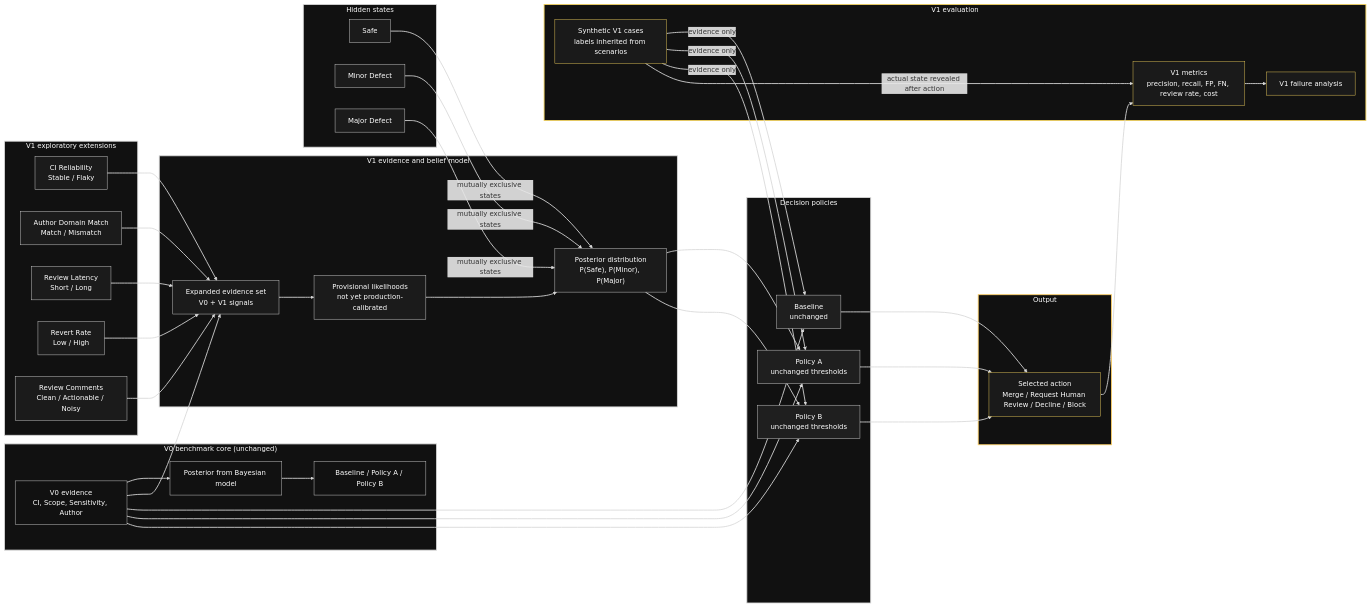
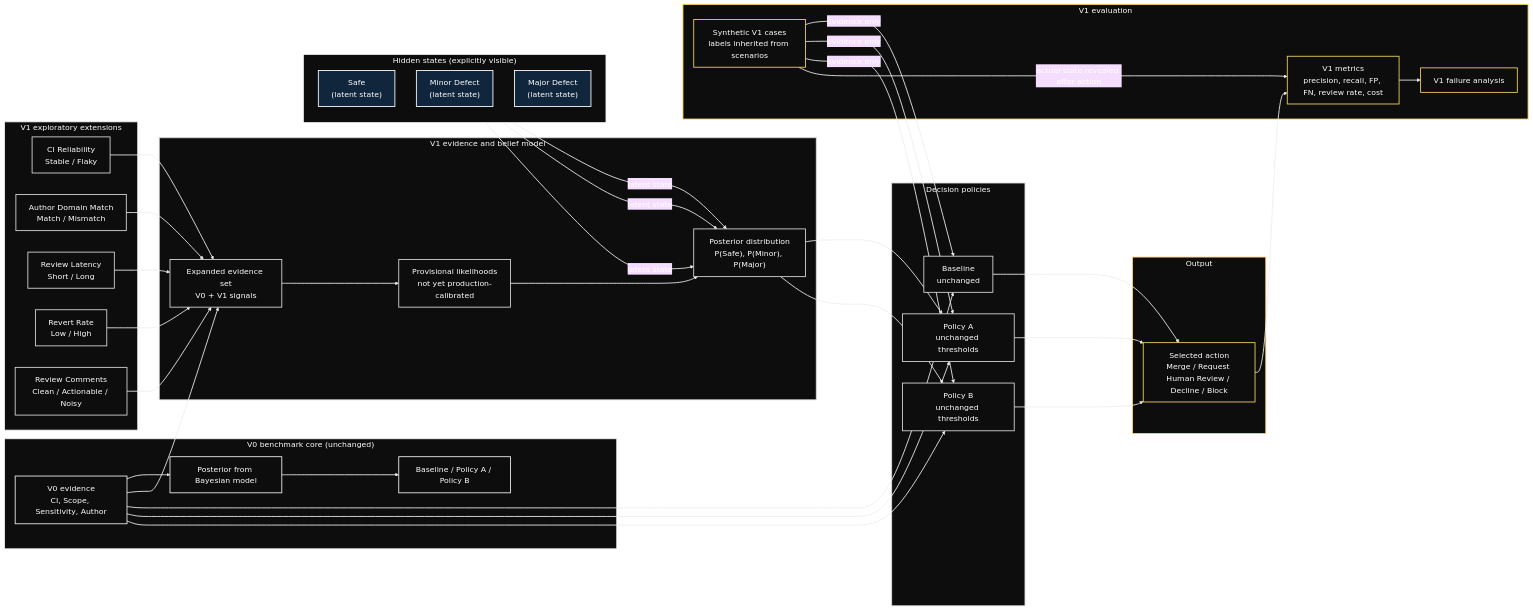
Before and after one commit to Shivam-Dhoundiyal1/PR-Review-Agent: the diagram in agent/design/v1-system-design.mmd, drawn with Mermaid. The commit also changed 3 other files, not shown here.

Commit message:
Updated the mermaid file and designs need to update those with excalidraw

```diff
--- a/agent/design/v1-system-design.mmd
+++ b/agent/design/v1-system-design.mmd
@@ -1,100 +1,102 @@
+%%{init: {'theme':'base', 'themeVariables': { 'fontFamily': 'Segoe UI, Arial', 'fontSize': '18px', 'primaryTextColor': '#ffffff', 'lineColor': '#f0f0f0', 'primaryBorderColor': '#f0f0f0', 'tertiaryColor': '#0d0d0d', 'background': '#000000'}}}%%
 flowchart LR
-    classDef v0 fill:#111111,stroke:#d9d9d9,color:#ffffff;
-    classDef v1 fill:#1b1b1b,stroke:#d9d9d9,color:#ffffff;
-    classDef hidden fill:#1b1b1b,stroke:#d9d9d9,color:#ffffff;
-    classDef policy fill:#1f1f1f,stroke:#d9d9d9,color:#ffffff;
-    classDef eval fill:#1a1a1a,stroke:#f4d35e,color:#ffffff;
+    classDef v0 fill:#0d0d0d,stroke:#f0f0f0,color:#ffffff,stroke-width:2px;
+    classDef v1 fill:#0d0d0d,stroke:#d9d9d9,color:#ffffff,stroke-width:2px;
+    classDef hidden fill:#10263d,stroke:#ffffff,color:#ffffff,stroke-width:2px;
+    classDef policy fill:#0d0d0d,stroke:#d9d9d9,color:#ffffff,stroke-width:2px;
+    classDef eval fill:#0d0d0d,stroke:#f4d35e,color:#ffffff,stroke-width:2px;
 
     subgraph V0Core["V0 benchmark core (unchanged)"]
         V0Inputs["V0 evidence\nCI, Scope, Sensitivity, Author"]
         V0Posterior["Posterior from Bayesian model"]
         V0Policies["Baseline / Policy A / Policy B"]
     end
 
     subgraph V1Extensions["V1 exploratory extensions"]
         CIReliability["CI Reliability\nStable / Flaky"]
         AuthorDomain["Author Domain Match\nMatch / Mismatch"]
         ReviewLatency["Review Latency\nShort / Long"]
         RevertRate["Revert Rate\nLow / High"]
         ReviewComments["Review Comments\nClean / Actionable / Noisy"]
     end
 
     subgraph V1Model["V1 evidence and belief model"]
         V1Evidence["Expanded evidence set\nV0 + V1 signals"]
         V1Likelihood["Provisional likelihoods\nnot yet production-calibrated"]
         V1Posterior["Posterior distribution\nP(Safe), P(Minor), P(Major)"]
     end
 
-    subgraph Hidden["Hidden states"]
-        H1["Safe"]
-        H2["Minor Defect"]
-        H3["Major Defect"]
+    subgraph Hidden["Hidden states (explicitly visible)"]
+        direction TB
+        H1["Safe\n(latent state)"]
+        H2["Minor Defect\n(latent state)"]
+        H3["Major Defect\n(latent state)"]
     end
 
     subgraph Policies["Decision policies"]
         Baseline["Baseline\nunchanged"]
         PolicyA["Policy A\nunchanged thresholds"]
         PolicyB["Policy B\nunchanged thresholds"]
     end
 
     subgraph Eval["V1 evaluation"]
         V1Cases["Synthetic V1 cases\nlabels inherited from scenarios"]
         V1Metrics["V1 metrics\nprecision, recall, FP, FN, review rate, cost"]
         V1Failure["V1 failure analysis"]
     end
 
     subgraph Output["Output"]
         FinalAction["Selected action\nMerge / Request Human Review / Decline / Block"]
     end
 
     V0Inputs --> V0Posterior
     V0Posterior --> V0Policies
 
     CIReliability --> V1Evidence
     AuthorDomain --> V1Evidence
     ReviewLatency --> V1Evidence
     RevertRate --> V1Evidence
     ReviewComments --> V1Evidence
 
     V0Inputs --> V1Evidence
     V1Evidence --> V1Likelihood
     V1Likelihood --> V1Posterior
 
-    H1 -->|mutually exclusive states| V1Posterior
-    H2 -->|mutually exclusive states| V1Posterior
-    H3 -->|mutually exclusive states| V1Posterior
+    H1 -->|latent state| V1Posterior
+    H2 -->|latent state| V1Posterior
+    H3 -->|latent state| V1Posterior
 
     V1Posterior --> PolicyA
     V1Posterior --> PolicyB
     V0Inputs --> Baseline
     V0Inputs --> PolicyA
     V0Inputs --> PolicyB
 
     Baseline --> FinalAction
     PolicyA --> FinalAction
     PolicyB --> FinalAction
 
     V1Cases -->|evidence only| Baseline
     V1Cases -->|evidence only| PolicyA
     V1Cases -->|evidence only| PolicyB
 
     FinalAction --> V1Metrics
     V1Cases -->|actual state revealed after action| V1Metrics
     V1Metrics --> V1Failure
 
     class V0Inputs,V0Posterior,V0Policies v0;
     class CIReliability,AuthorDomain,ReviewLatency,RevertRate,ReviewComments,V1Evidence,V1Likelihood,V1Posterior v1;
     class H1,H2,H3 hidden;
     class Baseline,PolicyA,PolicyB policy;
     class V1Cases,V1Metrics,V1Failure eval;
     class FinalAction eval;
 
-    style V0Core fill:#111111,stroke:#d9d9d9,color:#ffffff,stroke-width:2px;
-    style V1Extensions fill:#111111,stroke:#d9d9d9,color:#ffffff,stroke-width:2px;
-    style V1Model fill:#111111,stroke:#d9d9d9,color:#ffffff,stroke-width:2px;
-    style Hidden fill:#111111,stroke:#d9d9d9,color:#ffffff,stroke-width:2px;
-    style Policies fill:#111111,stroke:#d9d9d9,color:#ffffff,stroke-width:2px;
-    style Eval fill:#111111,stroke:#f4d35e,color:#ffffff,stroke-width:2px;
-    style Output fill:#111111,stroke:#ffd166,color:#ffffff,stroke-width:2px;
+    style V0Core fill:#0d0d0d,stroke:#f0f0f0,color:#ffffff,stroke-width:2px;
+    style V1Extensions fill:#0d0d0d,stroke:#f0f0f0,color:#ffffff,stroke-width:2px;
+    style V1Model fill:#0d0d0d,stroke:#d9d9d9,color:#ffffff,stroke-width:2px;
+    style Hidden fill:#0d0d0d,stroke:#ffffff,color:#ffffff,stroke-width:2px;
+    style Policies fill:#0d0d0d,stroke:#d9d9d9,color:#ffffff,stroke-width:2px;
+    style Eval fill:#0d0d0d,stroke:#f4d35e,color:#ffffff,stroke-width:2px;
+    style Output fill:#0d0d0d,stroke:#ffd166,color:#ffffff,stroke-width:2px;
 
-    linkStyle default stroke:#d9d9d9,stroke-width:2px;
+    linkStyle default stroke:#eeeeee,stroke-width:2px;
```
